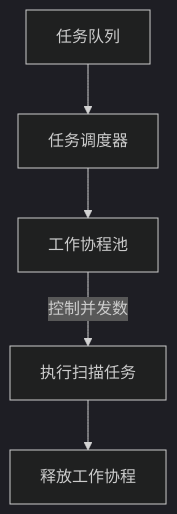
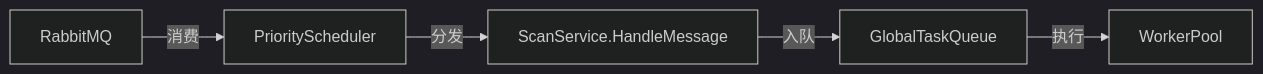
One commit to blackarbiter/go-sac changed the first of 2 diagrams in z-design/scanner.md. Above: the diagram before and after it, drawn with Mermaid (dark theme). The commit also changed other lines of this file and 25 other files, not shown here.

Commit message:
update scan-service, stable 1.0

````diff
--- a/z-design/scanner.md
+++ b/z-design/scanner.md
@@ -43,7 +6,7 @@
 ```mermaid
-graph TD
-    A[任务队列] --> B[任务调度器]
-    B --> C[工作协程池]
-    C -->|控制并发数| D[执行扫描任务]
-    D --> E[释放工作协程]
+graph LR
+A[RabbitMQ] -->|消费| B[PriorityScheduler]
+B -->|分发| C[ScanService.HandleMessage]
+C -->|入队| D[GlobalTaskQueue]
+D -->|执行| E[WorkerPool]
 ```
````
